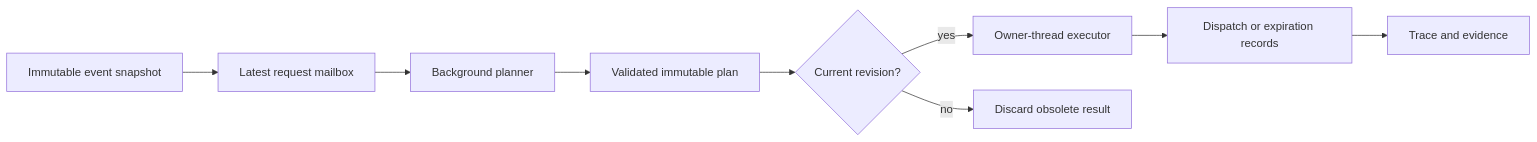
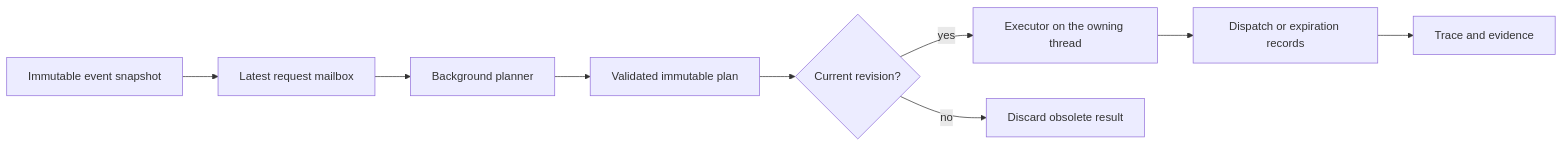
Before and after one commit to T92T1914/adaptive-timing-engine: the diagram in README.md, drawn with Mermaid. The commit also changed other lines of this file and 7 other files, not shown here.

````diff
--- a/README.md
+++ b/README.md
@@ -57,11 +57,11 @@
 ```mermaid
 flowchart LR
     A[Immutable event snapshot] --> B[Latest request mailbox]
     B --> C[Background planner]
     C --> D[Validated immutable plan]
     D --> E{Current revision?}
-    E -->|yes| F[Owner-thread executor]
+    E -->|yes| F[Executor on the owning thread]
     E -->|no| G[Discard obsolete result]
     F --> H[Dispatch or expiration records]
     H --> I[Trace and evidence]
 ```
````
